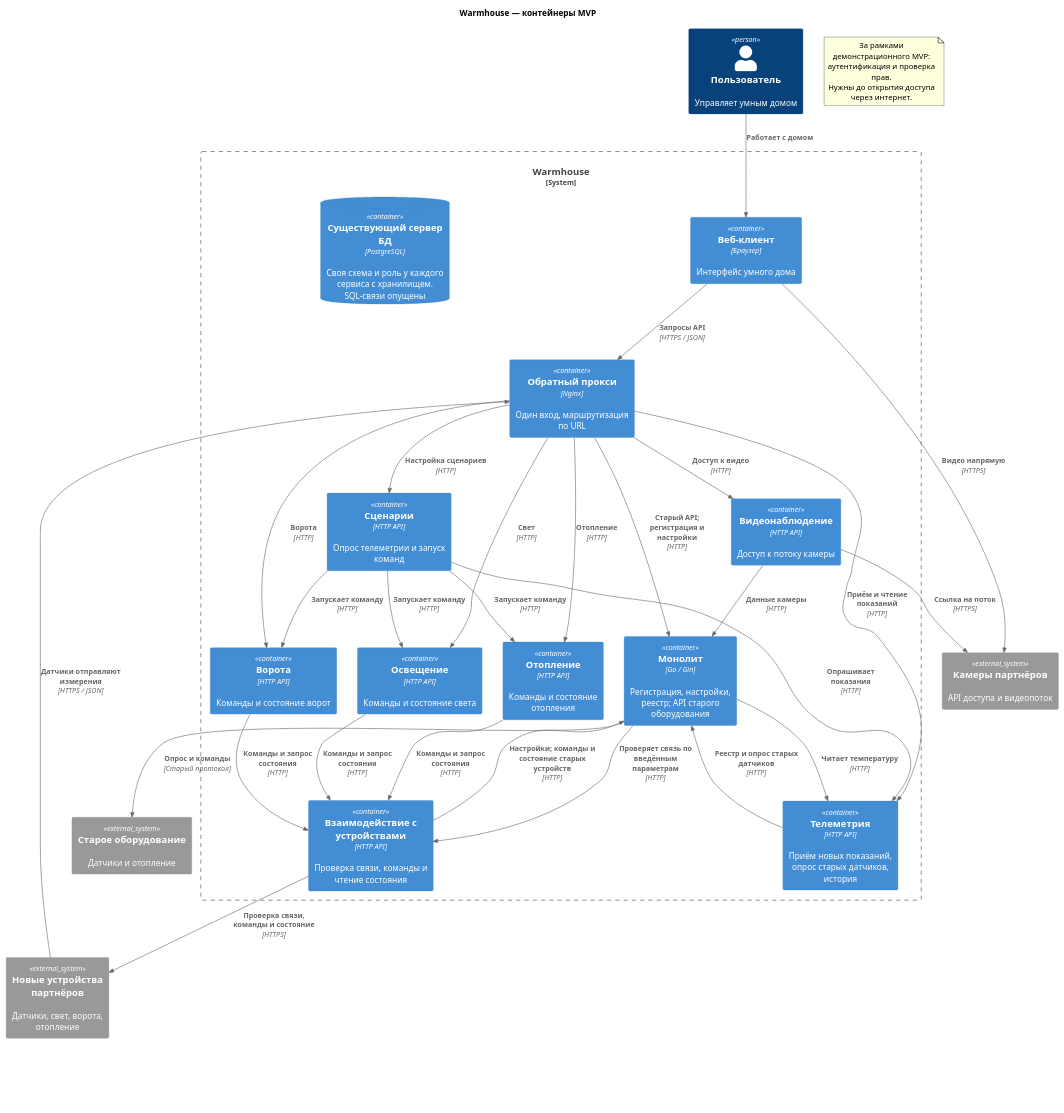
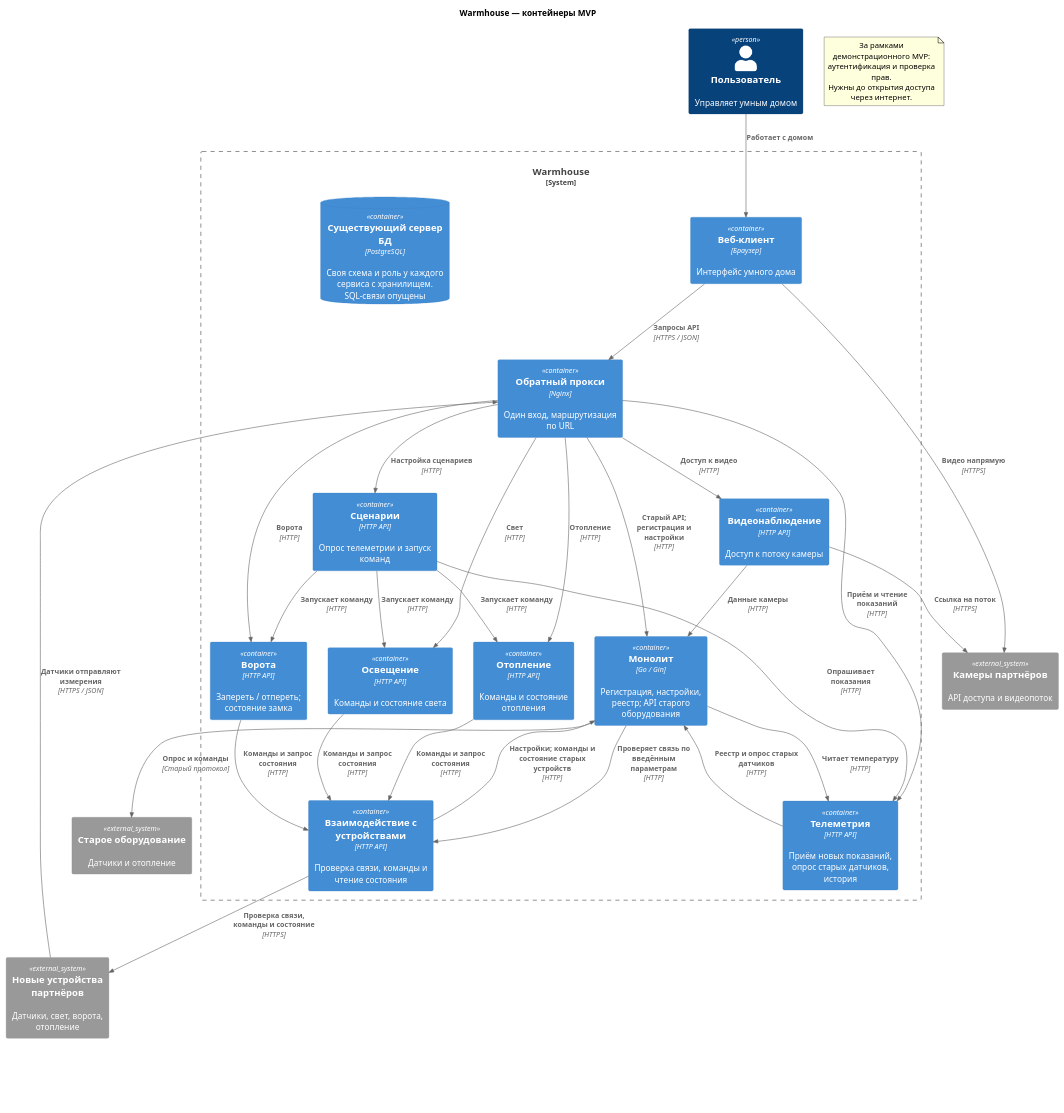
The diagram in diagrams/to-be-containers.puml (AndyMcFishka/architecture-pro-warmhouse), drawn with PlantUML before and after one commit. The commit also changed 1 other file, not shown here.

Commit message:
Limit gates MVP to lock control and status

```diff
--- a/diagrams/to-be-containers.puml
+++ b/diagrams/to-be-containers.puml
@@ -1,69 +1,69 @@
 @startuml
 !include <C4/C4_Container>
 
 title Warmhouse — контейнеры MVP
 LAYOUT_TOP_DOWN()
 
 Person(user, "Пользователь", "Управляет умным домом")
 
 System_Boundary(platform, "Warmhouse") {
     Container(web, "Веб-клиент", "Браузер", "Интерфейс умного дома")
     Container(proxy, "Обратный прокси", "Nginx", "Один вход, маршрутизация по URL")
     Container(monolith, "Монолит", "Go / Gin", "Регистрация, настройки, реестр; API старого оборудования")
     Container(connectivity, "Взаимодействие с устройствами", "HTTP API", "Проверка связи, команды и чтение состояния")
     Container(telemetry, "Телеметрия", "HTTP API", "Приём новых показаний, опрос старых датчиков, история")
     Container(heating, "Отопление", "HTTP API", "Команды и состояние отопления")
     Container(lighting, "Освещение", "HTTP API", "Команды и состояние света")
-    Container(gates, "Ворота", "HTTP API", "Команды и состояние ворот")
+    Container(gates, "Ворота", "HTTP API", "Запереть / отпереть; состояние замка")
     Container(video, "Видеонаблюдение", "HTTP API", "Доступ к потоку камеры")
     Container(rules, "Сценарии", "HTTP API", "Опрос телеметрии и запуск команд")
     ContainerDb(db, "Существующий сервер БД", "PostgreSQL", "Своя схема и роль у каждого сервиса с хранилищем. SQL-связи опущены")
 }
 
 System_Ext(legacy, "Старое оборудование", "Датчики и отопление")
 System_Ext(equipment, "Новые устройства партнёров", "Датчики, свет, ворота, отопление")
 System_Ext(camera, "Камеры партнёров", "API доступа и видеопоток")
 
 Rel(user, web, "Работает с домом")
 Rel(web, proxy, "Запросы API", "HTTPS / JSON")
 Rel(proxy, monolith, "Старый API; регистрация и настройки", "HTTP")
 Rel(proxy, telemetry, "Приём и чтение показаний", "HTTP")
 Rel(proxy, heating, "Отопление", "HTTP")
 Rel(proxy, lighting, "Свет", "HTTP")
 Rel(proxy, gates, "Ворота", "HTTP")
 Rel(proxy, video, "Доступ к видео", "HTTP")
 Rel(proxy, rules, "Настройка сценариев", "HTTP")
 
 Rel(monolith, telemetry, "Читает температуру", "HTTP")
 Rel(connectivity, monolith, "Настройки; команды и состояние старых устройств", "HTTP")
 Rel(monolith, connectivity, "Проверяет связь по введённым параметрам", "HTTP")
 Rel(telemetry, monolith, "Реестр и опрос старых датчиков", "HTTP")
 Rel(monolith, legacy, "Опрос и команды", "Старый протокол")
 Rel(equipment, proxy, "Датчики отправляют измерения", "HTTPS / JSON")
 Rel(heating, connectivity, "Команды и запрос состояния", "HTTP")
 Rel(lighting, connectivity, "Команды и запрос состояния", "HTTP")
 Rel(gates, connectivity, "Команды и запрос состояния", "HTTP")
 Rel(connectivity, equipment, "Проверка связи, команды и состояние", "HTTPS")
 Rel(video, monolith, "Данные камеры", "HTTP")
 Rel(video, camera, "Ссылка на поток", "HTTPS")
 Rel(web, camera, "Видео напрямую", "HTTPS")
 Rel(rules, telemetry, "Опрашивает показания", "HTTP")
 Rel(rules, heating, "Запускает команду", "HTTP")
 Rel(rules, lighting, "Запускает команду", "HTTP")
 Rel(rules, gates, "Запускает команду", "HTTP")
 
 
 note as auth_scope
   За рамками демонстрационного MVP:
   аутентификация и проверка прав.
   Нужны до открытия доступа через интернет.
 end note
 
 legend bottom
   Межсервисные вызовы — HTTP, без брокера.
   SQL-связи опущены для читаемости.
   Сценарии реагируют только на измерения датчиков.
   Ответы на запросы состояния возвращаются по тем же HTTP-вызовам.
   Проект демонстрационного MVP, запуск в изолированной среде.
 endlegend
 @enduml
```
